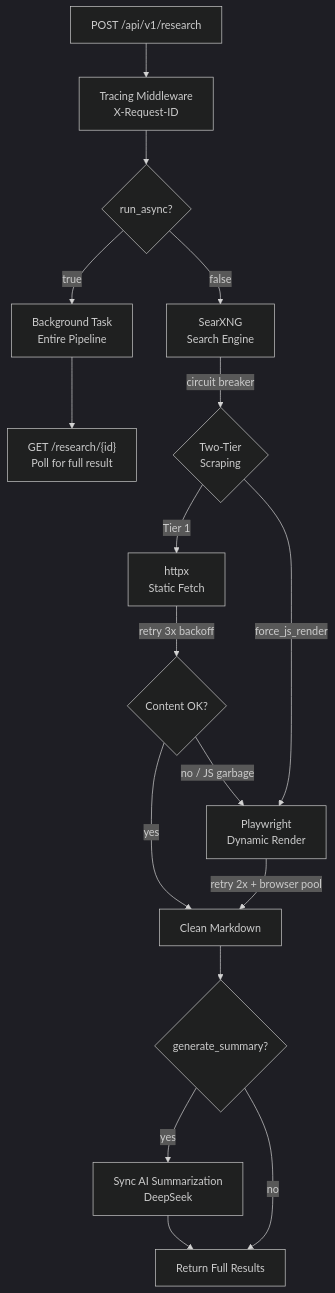
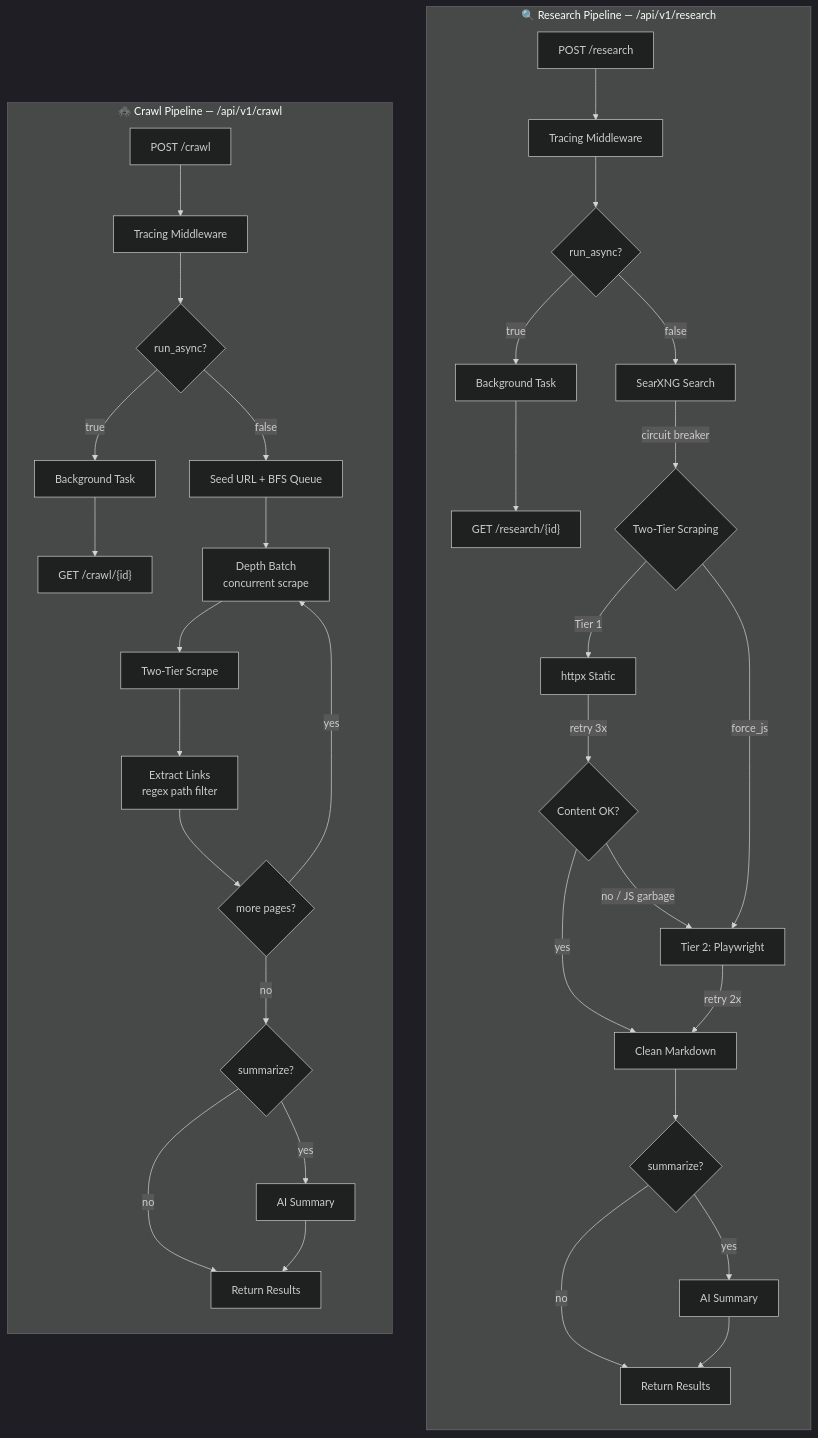
Before and after one commit to zeinhasan/CHIPER: the diagram in README.md, drawn with Mermaid (dark theme). The commit also changed other lines of this file, not shown here.

Commit message:
docs: add crawl pipeline to architecture diagram

````diff
--- a/README.md
+++ b/README.md
@@ -13,24 +13,40 @@
 ```mermaid
 flowchart TD
-    A[POST /api/v1/research] --> B[Tracing Middleware<br/>X-Request-ID]
-    B --> C{run_async?}
+    subgraph Research["🔍 Research Pipeline — /api/v1/research"]
+        direction TB
+        R1[POST /research] --> R2[Tracing Middleware]
+        R2 --> R3{run_async?}
+        R3 -->|true| R4[Background Task]
+        R4 --> R4a["GET /research/{id}"]
+        R3 -->|false| R5[SearXNG Search]
+        R5 -->|circuit breaker| R6{Two-Tier Scraping}
+        R6 -->|"Tier 1"| R7[httpx Static]
+        R7 -->|retry 3x| R8{Content OK?}
+        R8 -->|yes| R9[Clean Markdown]
+        R8 -->|"no / JS garbage"| R10["Tier 2: Playwright"]
+        R6 -->|force_js| R10
+        R10 -->|retry 2x| R9
+        R9 --> R11{summarize?}
+        R11 -->|yes| R12[AI Summary]
+        R11 -->|no| R13[Return Results]
+        R12 --> R13
+    end
 
-    C -->|true| Z[Background Task<br/>Entire Pipeline]
-    Z --> Z1["GET /research/{id}<br/>Poll for full result"]
-
-    C -->|false| D[SearXNG<br/>Search Engine]
-    D -->|circuit breaker| E{Two-Tier<br/>Scraping}
-
-    E -->|Tier 1| F[httpx<br/>Static Fetch]
-    F -->|retry 3x backoff| G{Content OK?}
-    G -->|yes| H[Clean Markdown]
-    G -->|no / JS garbage| I[Tier 2]
-    E -->|force_js_render| I
-
-    I[Playwright<br/>Dynamic Render] -->|retry 2x + browser pool| H
-
-    H --> J{generate_summary?}
-    J -->|yes| K[Sync AI Summarization<br/>DeepSeek]
-    K --> L[Return Full Results]
-    J -->|no| L
+    subgraph Crawl["🕷️ Crawl Pipeline — /api/v1/crawl"]
+        direction TB
+        C1[POST /crawl] --> C2[Tracing Middleware]
+        C2 --> C3{run_async?}
+        C3 -->|true| C4[Background Task]
+        C4 --> C4a["GET /crawl/{id}"]
+        C3 -->|false| C5[Seed URL + BFS Queue]
+        C5 --> C6["Depth Batch<br/>concurrent scrape"]
+        C6 --> C7[Two-Tier Scrape]
+        C7 --> C8["Extract Links<br/>regex path filter"]
+        C8 --> C9{more pages?}
+        C9 -->|yes| C6
+        C9 -->|no| C10{summarize?}
+        C10 -->|yes| C11[AI Summary]
+        C10 -->|no| C12[Return Results]
+        C11 --> C12
+    end
 ```
````
